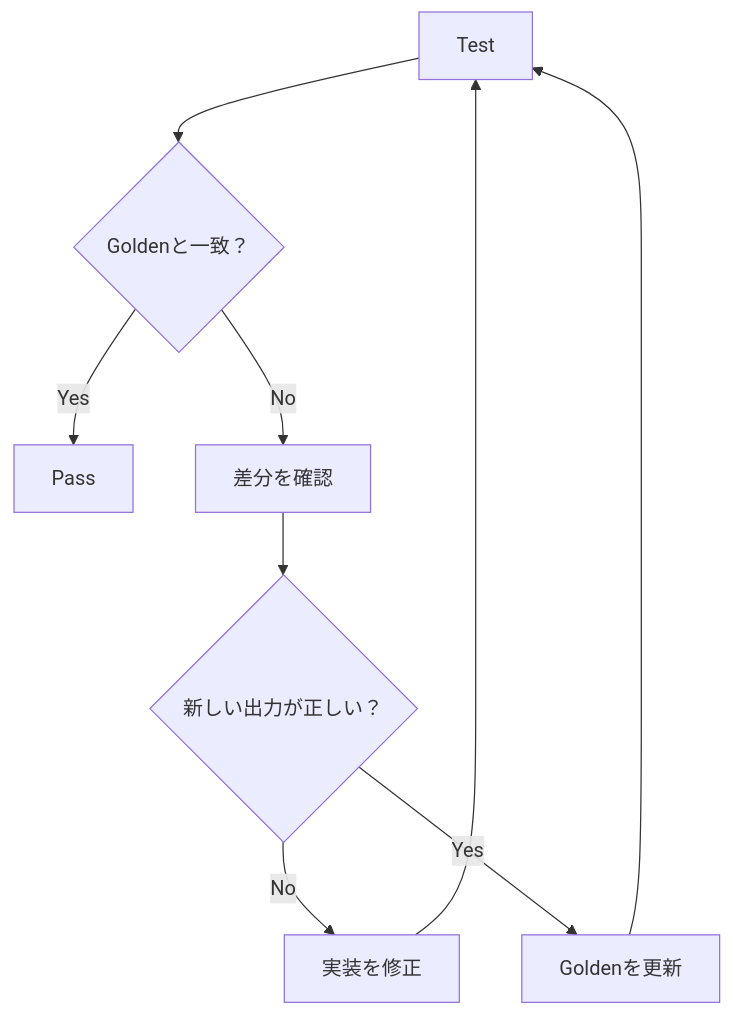
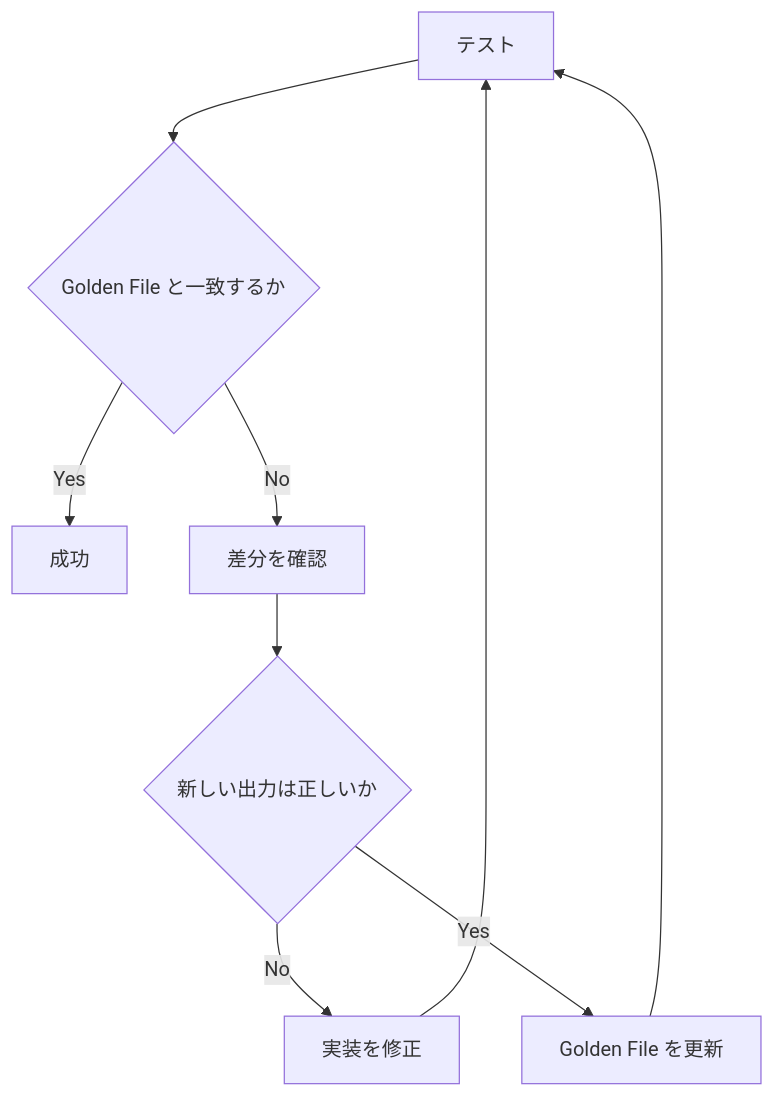
One commit to Rerurate514/riebeckite changed the fourth of 6 diagrams in docs/docs/framework/testing.ja.md. Above: the diagram before and after it, drawn with Mermaid. The commit also changed other lines of this file and 310 other files, not shown here.

````diff
--- a/docs/docs/framework/testing.ja.md
+++ b/docs/docs/framework/testing.ja.md
@@ -441,18 +331,18 @@
 ```mermaid
 flowchart TD
-    Test["Test"]
-    Match{"Goldenと一致？"}
+    Test["テスト"]
+    Match{"Golden File と一致するか"}
 
     Test --> Match
 
-    Match -->|Yes| Pass["Pass"]
+    Match -->|Yes| Pass["成功"]
     Match -->|No| Review["差分を確認"]
 
-    Review --> Correct{"新しい出力が正しい？"}
+    Review --> Correct{"新しい出力は正しいか"}
 
     Correct -->|No| Fix["実装を修正"]
-    Correct -->|Yes| Update["Goldenを更新"]
+    Correct -->|Yes| Update["Golden File を更新"]
 
     Fix --> Test
     Update --> Test
 ```
````
